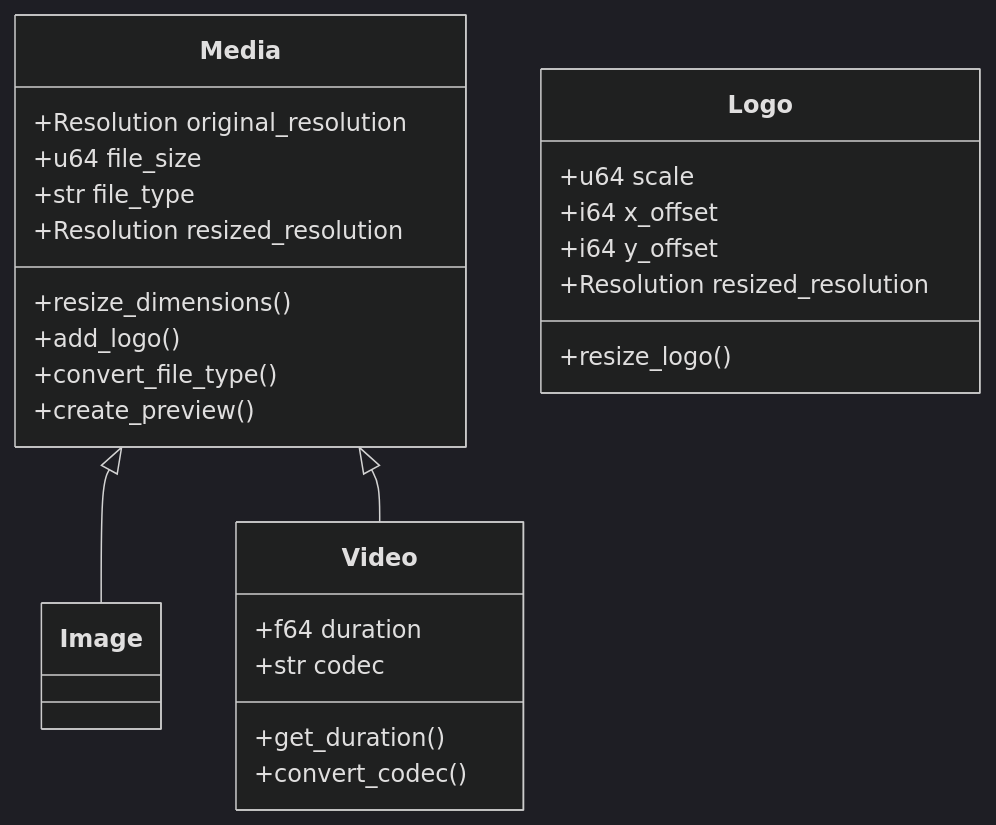
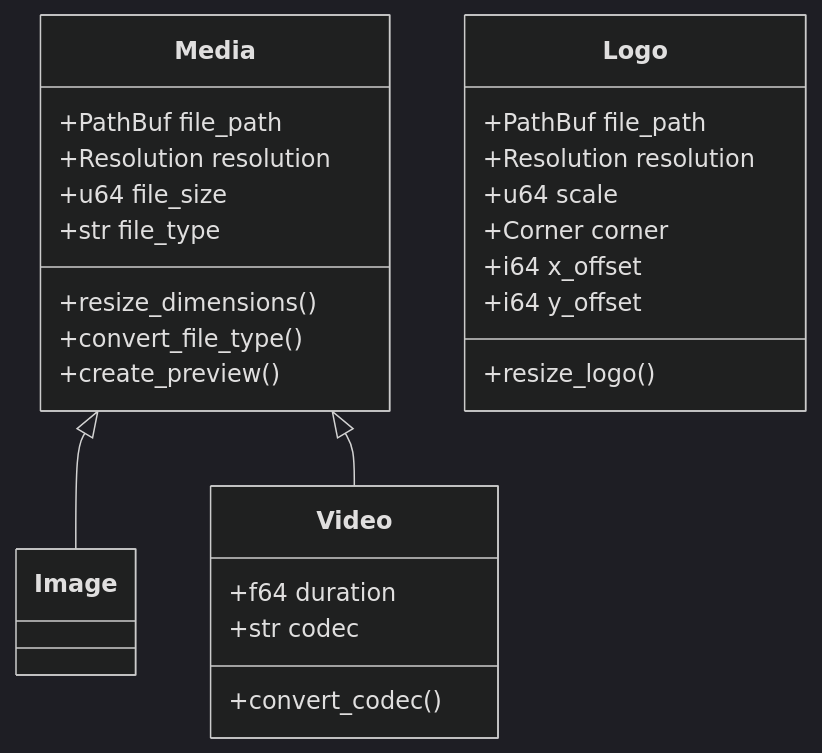
One commit to 0DarkPhoenix/add-logo-processor-rust changed the diagram in designs/backend/media_classes.mmd. Above: the diagram before and after it, drawn with Mermaid (dark theme). The commit also changed other lines of this file and 23 other files, not shown here.

```diff
--- a/designs/backend/media_classes.mmd
+++ b/designs/backend/media_classes.mmd
@@ -1,35 +1,35 @@
 classDiagram
     Media <|-- Image
     Media <|-- Video
 
     class Media {
-        +Resolution original_resolution
+        +PathBuf file_path
+        +Resolution resolution
         +u64 file_size
         +str file_type
-        +Resolution resized_resolution
 
         +resize_dimensions()
-        +add_logo()
         +convert_file_type()
         +create_preview()
     }
 
     class Image {
     }
 
     class Video {
         +f64 duration
         +str codec
 
-        +get_duration()
         +convert_codec()
     }
 
     class Logo {
+        +PathBuf file_path
+        +Resolution resolution
         +u64 scale
+        +Corner corner
         +i64 x_offset
         +i64 y_offset
-        +Resolution resized_resolution
 
         +resize_logo()
     }
```
